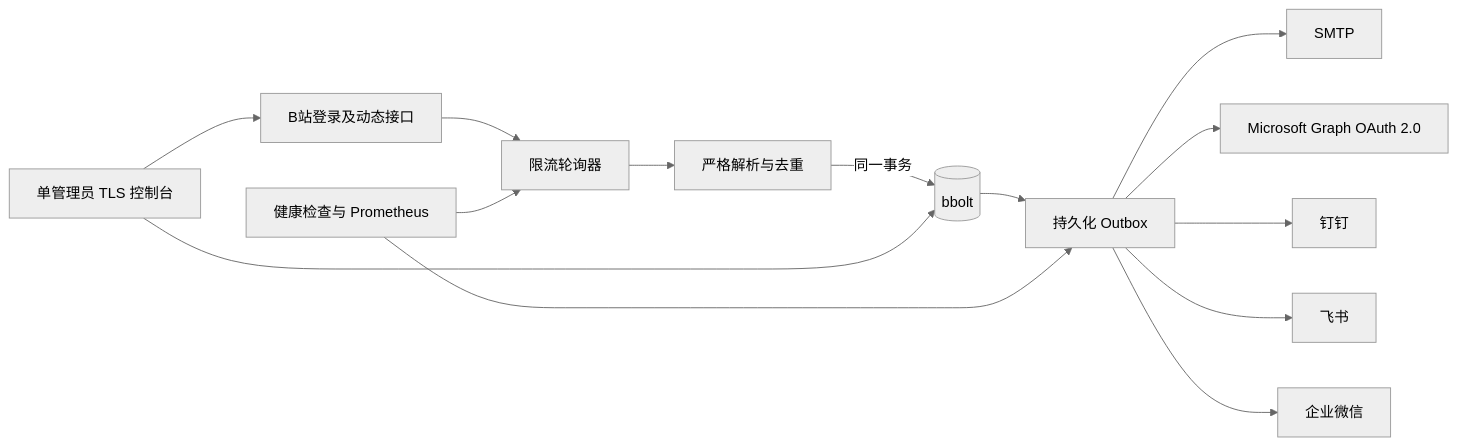
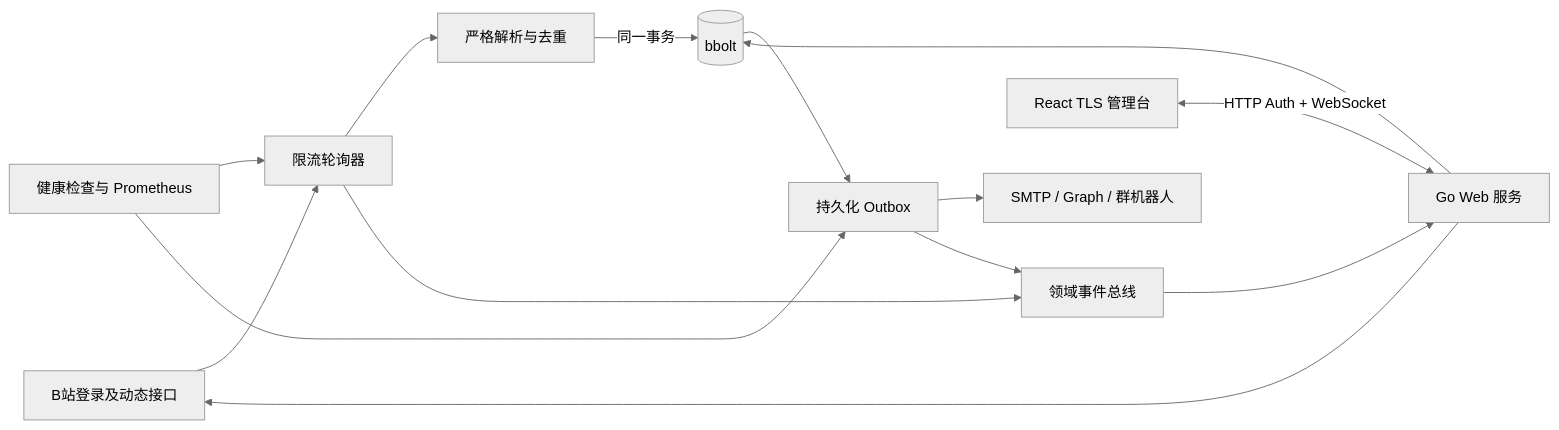
Before and after one commit to linxin2429/bili_notify: the diagram in docs/requirements-and-design.md, drawn with Mermaid (neutral theme). The commit also changed other lines of this file and 53 other files, not shown here.

````diff
--- a/docs/requirements-and-design.md
+++ b/docs/requirements-and-design.md
@@ -20,16 +19,16 @@
 ```mermaid
 flowchart LR
     B[B站登录及动态接口] --> C[限流轮询器]
     C --> P[严格解析与去重]
     P -->|同一事务| S[(bbolt)]
     S --> O[持久化 Outbox]
-    O --> M[SMTP]
-    O --> MS[Microsoft Graph OAuth 2.0]
-    O --> D[钉钉]
-    O --> F[飞书]
-    O --> W[企业微信]
-    A[单管理员 TLS 控制台] --> S
-    A --> B
+    O --> N[SMTP / Graph / 群机器人]
+    A[React TLS 管理台] <-->|HTTP Auth + WebSocket| W[Go Web 服务]
+    W --> S
+    W --> B
+    E[领域事件总线] --> W
+    C --> E
+    O --> E
     H[健康检查与 Prometheus] --> C
     H --> O
 ```
````
